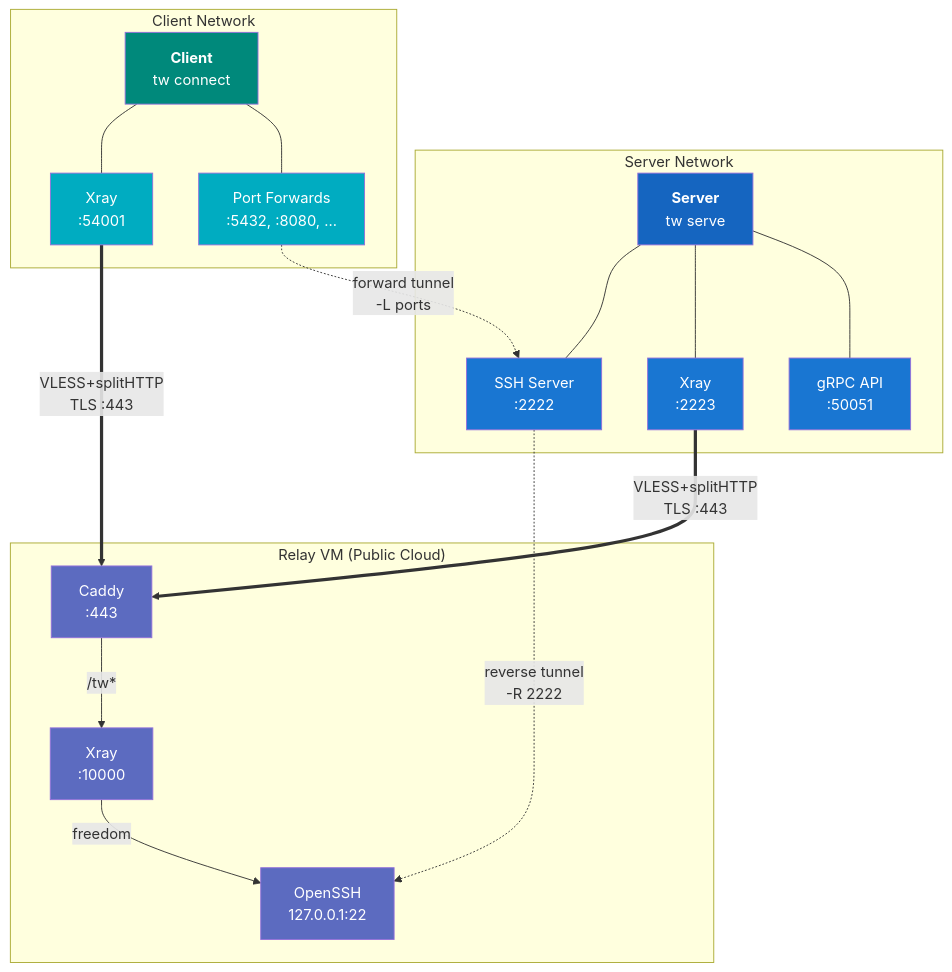
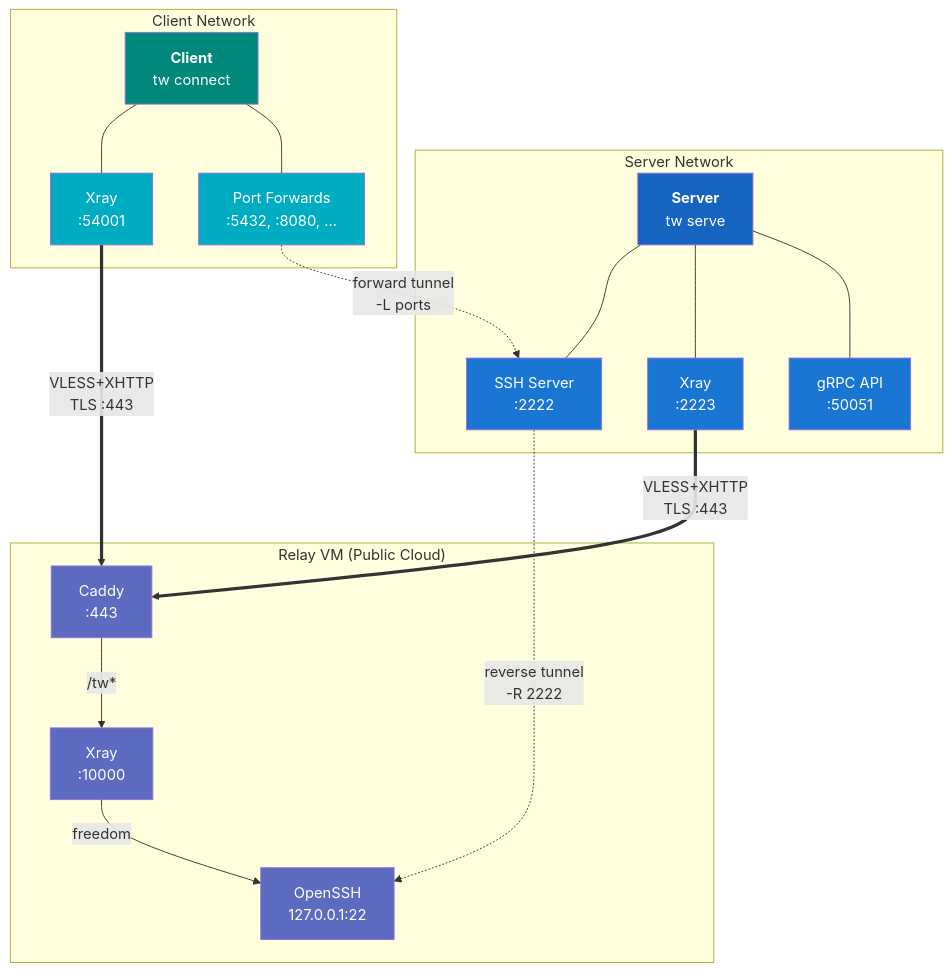
One commit to Tunnel-Whisperer/Tunnel-Whisperer changed the first of 2 diagrams in docs/architecture/building-blocks.md. Above: the diagram before and after it, drawn with Mermaid. The commit also changed other lines of this file and 34 other files, not shown here.

````diff
--- a/docs/architecture/building-blocks.md
+++ b/docs/architecture/building-blocks.md
@@ -5,44 +5,44 @@
 ```mermaid
 graph TB
     subgraph SN["Server Network"]
         S["<b>Server</b><br/>tw serve"]
         SSHD["SSH Server<br/>:2222"]
         XS["Xray<br/>:2223"]
         API["gRPC API<br/>:50051"]
         S --- SSHD
         S --- XS
         S --- API
     end
 
     subgraph RELAY["Relay VM (Public Cloud)"]
         CADDY["Caddy<br/>:443"]
         XR["Xray<br/>:10000"]
         OSSH["OpenSSH<br/>127.0.0.1:22"]
         CADDY -->|"/tw*"| XR
         XR -->|freedom| OSSH
     end
 
     subgraph CN["Client Network"]
         CL["<b>Client</b><br/>tw connect"]
         XC["Xray<br/>:54001"]
         FWD["Port Forwards<br/>:5432, :8080, ..."]
         CL --- XC
         CL --- FWD
     end
 
-    XS ==>|"VLESS+splitHTTP<br/>TLS :443"| CADDY
-    XC ==>|"VLESS+splitHTTP<br/>TLS :443"| CADDY
+    XS ==>|"VLESS+XHTTP<br/>TLS :443"| CADDY
+    XC ==>|"VLESS+XHTTP<br/>TLS :443"| CADDY
     SSHD -.->|"reverse tunnel<br/>-R 2222"| OSSH
     FWD -.->|"forward tunnel<br/>-L ports"| SSHD
 
     style S fill:#1565C0,color:#fff
     style CL fill:#00897B,color:#fff
     style CADDY fill:#5C6BC0,color:#fff
     style XR fill:#5C6BC0,color:#fff
     style OSSH fill:#5C6BC0,color:#fff
     style SSHD fill:#1976D2,color:#fff
     style XS fill:#1976D2,color:#fff
     style API fill:#1976D2,color:#fff
     style XC fill:#00ACC1,color:#fff
     style FWD fill:#00ACC1,color:#fff
 ```
````
